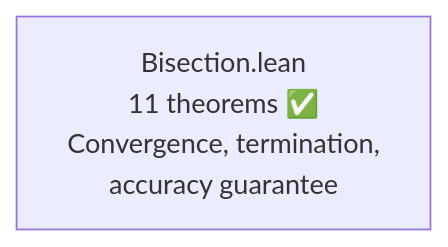
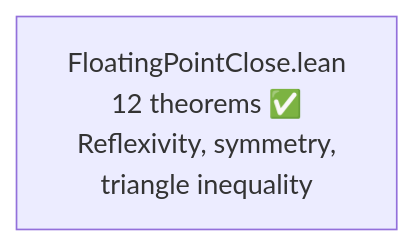
Before and after one commit to dsyme/QuantLib: diagram 12 of 17 in formal-verification/REPORT.md, drawn with Mermaid. The commit also changed other lines of this file and 2 other files, not shown here.

````diff
--- a/formal-verification/REPORT.md
+++ b/formal-verification/REPORT.md
@@ -135,4 +224,4 @@
 ```mermaid
 graph LR
-    F7["Bisection.lean<br/>11 theorems ✅<br/>Convergence, termination,<br/>accuracy guarantee"]
+    F14["FloatingPointClose.lean<br/>12 theorems ✅<br/>Reflexivity, symmetry,<br/>triangle inequality"]
 ```
````
